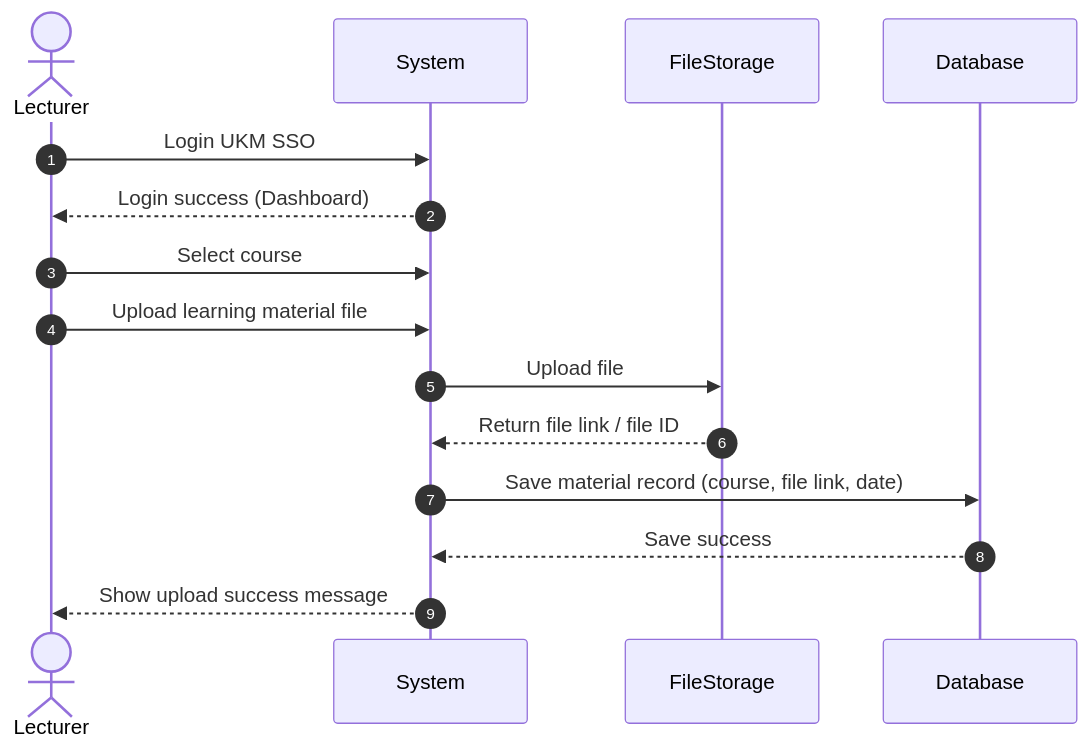
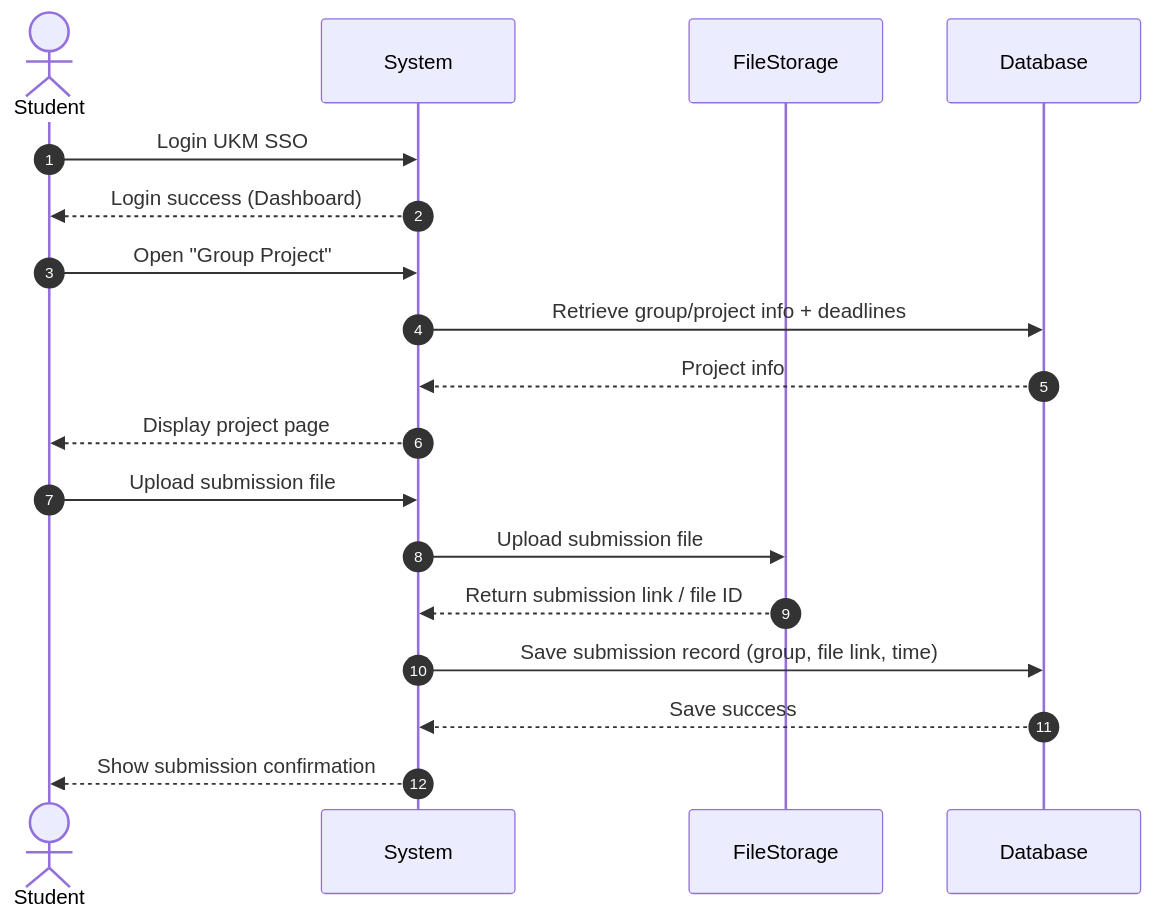
One commit to Lifantastic-O/iodraw-files changed the diagram in all/未命名-1.md. Above: the diagram before and after it, drawn with Mermaid.

Commit message:
2025-12-17 23:43:56 update

````diff
--- a/all/未命名-1.md
+++ b/all/未命名-1.md
@@ -1,21 +1,25 @@
 ```mermaid
 sequenceDiagram
 autonumber
-actor Lecturer
+actor Student
 participant System
 participant Storage as FileStorage
 participant DB as Database
 
-Lecturer->>System: Login UKM SSO
-System-->>Lecturer: Login success (Dashboard)
+Student->>System: Login UKM SSO
+System-->>Student: Login success (Dashboard)
 
-Lecturer->>System: Select course
-Lecturer->>System: Upload learning material file
-System->>Storage: Upload file
-Storage-->>System: Return file link / file ID
+Student->>System: Open "Group Project"
+System->>DB: Retrieve group/project info + deadlines
+DB-->>System: Project info
+System-->>Student: Display project page
 
-System->>DB: Save material record (course, file link, date)
+Student->>System: Upload submission file
+System->>Storage: Upload submission file
+Storage-->>System: Return submission link / file ID
+
+System->>DB: Save submission record (group, file link, time)
 DB-->>System: Save success
-System-->>Lecturer: Show upload success message
+System-->>Student: Show submission confirmation
 
 ```
````
